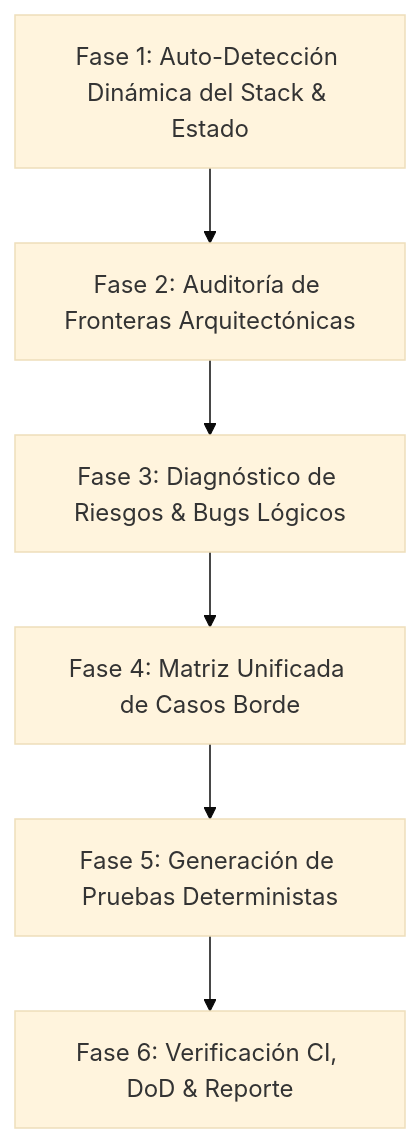
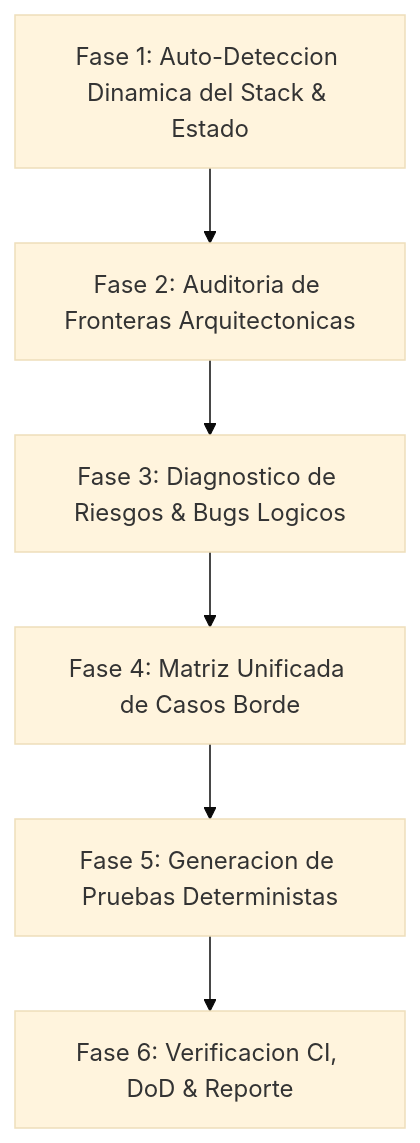
The diagram in skills/qa-testing-mastery/references/workflow-6-fases.md (EdwinDragusin/agent-core-skills), drawn with Mermaid (base theme) before and after one commit. The commit also changed other lines of this file and 89 other files, not shown here.

````diff
--- a/skills/qa-testing-mastery/references/workflow-6-fases.md
+++ b/skills/qa-testing-mastery/references/workflow-6-fases.md
@@ -9,8 +9,8 @@
 ```mermaid
 flowchart TD
-    F1["Fase 1: Auto-Detección Dinámica del Stack & Estado"] --> F2["Fase 2: Auditoría de Fronteras Arquitectónicas"]
-    F2 --> F3["Fase 3: Diagnóstico de Riesgos & Bugs Lógicos"]
+    F1["Fase 1: Auto-Deteccion Dinamica del Stack & Estado"] --> F2["Fase 2: Auditoria de Fronteras Arquitectonicas"]
+    F2 --> F3["Fase 3: Diagnostico de Riesgos & Bugs Logicos"]
     F3 --> F4["Fase 4: Matriz Unificada de Casos Borde"]
-    F4 --> F5["Fase 5: Generación de Pruebas Deterministas"]
-    F5 --> F6["Fase 6: Verificación CI, DoD & Reporte"]
+    F4 --> F5["Fase 5: Generacion de Pruebas Deterministas"]
+    F5 --> F6["Fase 6: Verificacion CI, DoD & Reporte"]
 ```
````
